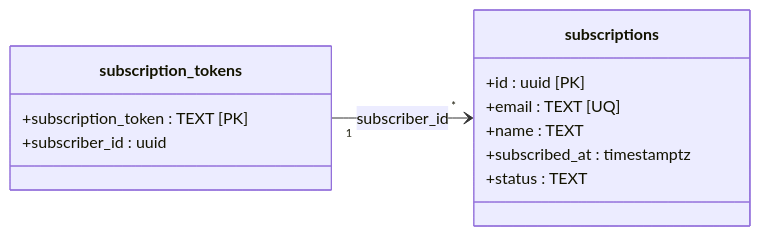
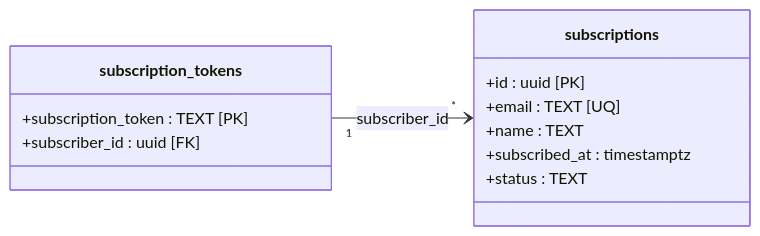
Before and after one commit to snarkipus/zero2axum: the third of 3 diagrams in README.md, drawn with Mermaid. The commit also changed other lines of this file and 15 other files, not shown here.

````diff
--- a/README.md
+++ b/README.md
@@ -306,16 +306,17 @@
 ```mermaid
 classDiagram
     direction LR
     class subscriptions{
         +id : uuid [PK]
         +email : TEXT [UQ]
         +name : TEXT
         +subscribed_at : timestamptz
         +status : TEXT
     }
     class subscription_tokens{
         +subscription_token : TEXT [PK]
-        +subscriber_id : uuid
+        +subscriber_id : uuid [FK]
     }
     subscription_tokens "1" --> "*" subscriptions : subscriber_id
+
 ```
````
